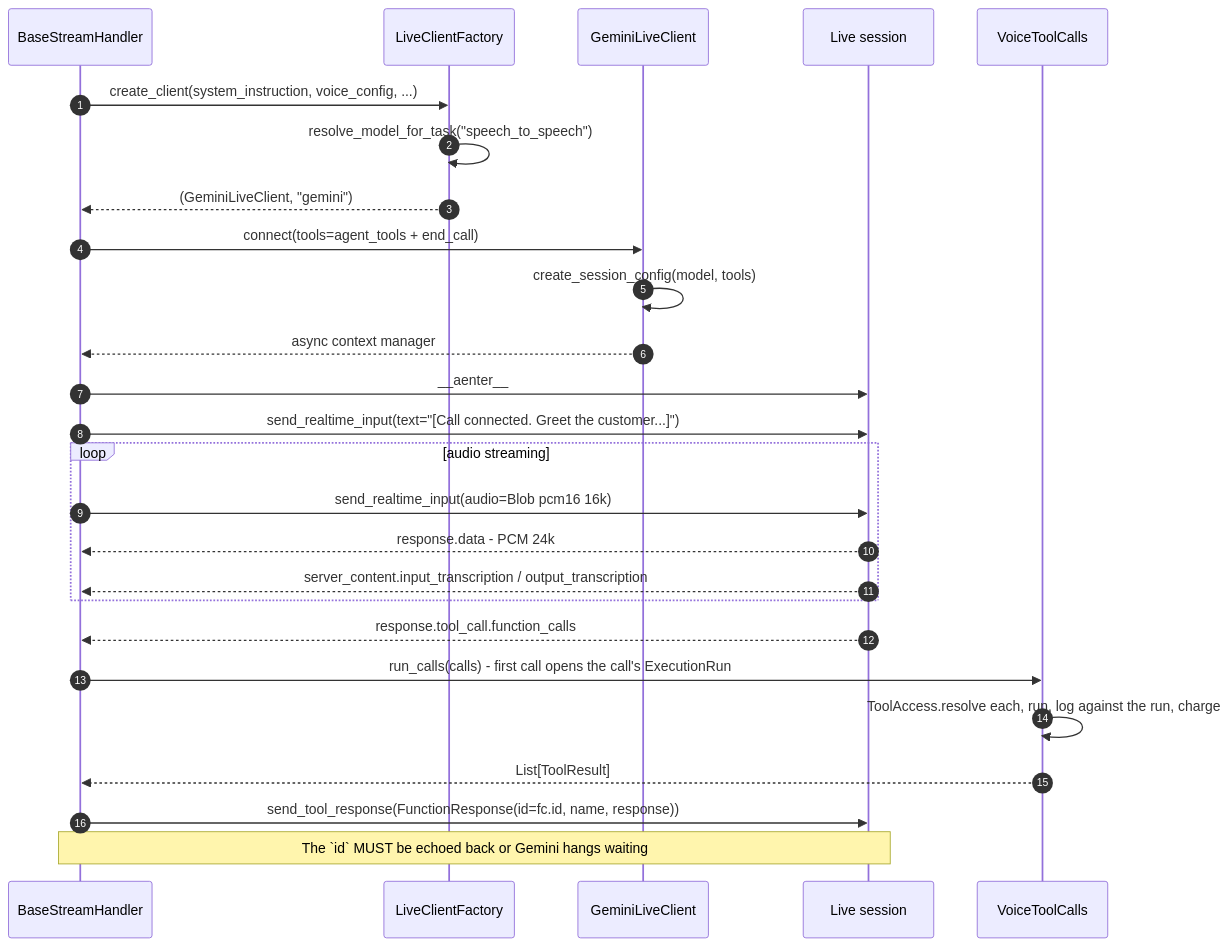
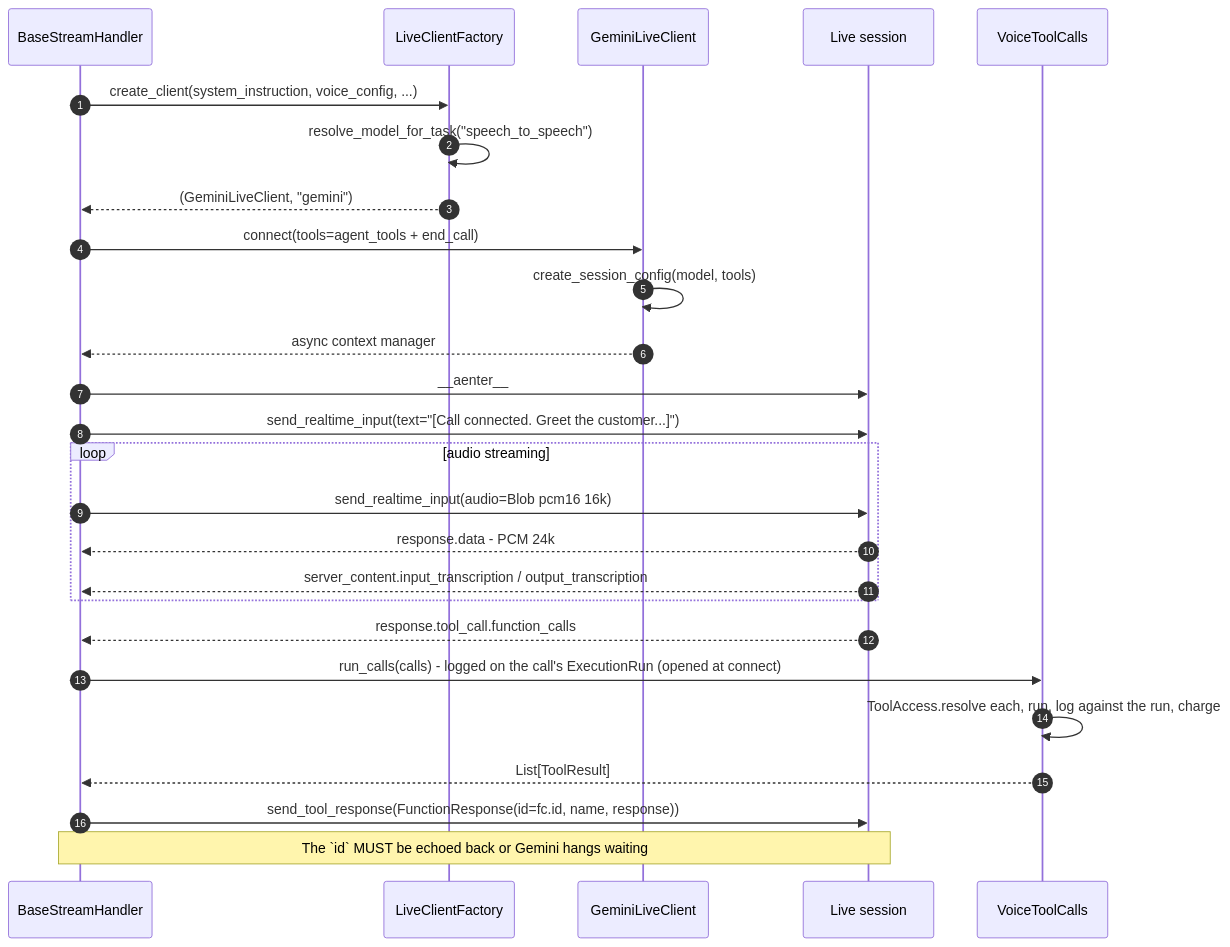
The ninth of 32 diagrams in docs/current/12-voice-and-telephony.md (gondolerahul/hire-buddha-app), drawn with Mermaid before and after one commit. The commit also changed other lines of this file and 10 other files, not shown here.

First line of the commit message:
fix(voice): every call is a run, from connect to hang-up (VT-21, HD14)

````diff
--- a/docs/current/12-voice-and-telephony.md
+++ b/docs/current/12-voice-and-telephony.md
@@ -494,29 +494,29 @@
 ```mermaid
 sequenceDiagram
     autonumber
     participant H as BaseStreamHandler
     participant F as LiveClientFactory
     participant C as GeminiLiveClient
     participant S as Live session
     participant VT as VoiceToolCalls
 
     H->>F: create_client(system_instruction, voice_config, ...)
     F->>F: resolve_model_for_task("speech_to_speech")
     F-->>H: (GeminiLiveClient, "gemini")
     H->>C: connect(tools=agent_tools + end_call)
     C->>C: create_session_config(model, tools)
     C-->>H: async context manager
     H->>S: __aenter__
     H->>S: send_realtime_input(text="[Call connected. Greet the customer...]")
     loop audio streaming
         H->>S: send_realtime_input(audio=Blob pcm16 16k)
         S-->>H: response.data - PCM 24k
         S-->>H: server_content.input_transcription / output_transcription
     end
     S-->>H: response.tool_call.function_calls
-    H->>VT: run_calls(calls) - first call opens the call's ExecutionRun
+    H->>VT: run_calls(calls) - logged on the call's ExecutionRun (opened at connect)
     VT->>VT: ToolAccess.resolve each, run, log against the run, charge
     VT-->>H: List[ToolResult]
     H->>S: send_tool_response(FunctionResponse(id=fc.id, name, response))
     Note over H,S: The `id` MUST be echoed back or Gemini hangs waiting
 ```
````
